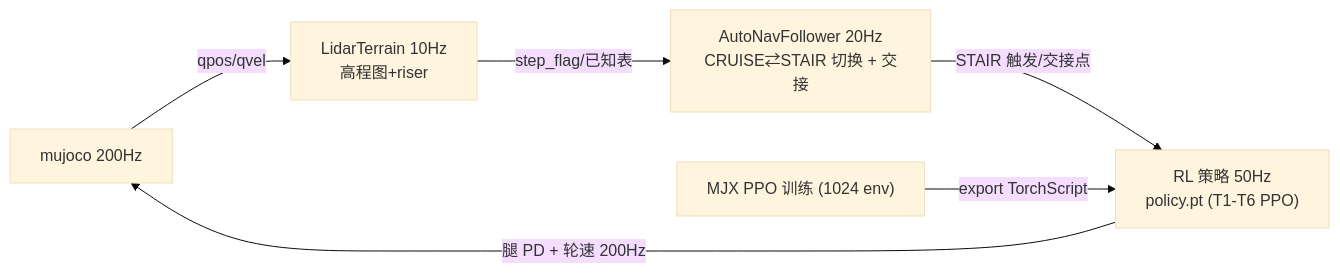
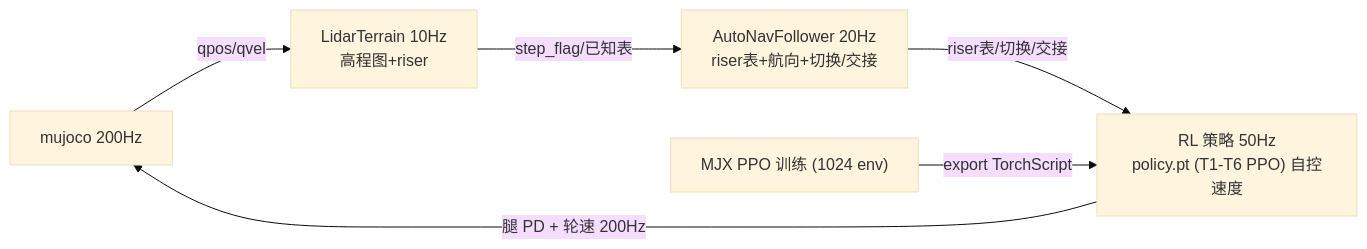
The second of 2 diagrams in doc/双数据管线_autonav_20260816.md (wangfanxin/deeprobot_competition), drawn with Mermaid (base theme) before and after one commit. The commit also changed other lines of this file and 1 other file, not shown here.

````diff
--- a/doc/双数据管线_autonav_20260816.md
+++ b/doc/双数据管线_autonav_20260816.md
@@ -162,8 +172,8 @@
 ```mermaid
 graph LR
     M["mujoco 200Hz"] -->|"qpos/qvel"| L["LidarTerrain 10Hz<br/>高程图+riser"]
-    L -->|"step_flag/已知表"| A["AutoNavFollower 20Hz<br/>CRUISE⇄STAIR 切换 + 交接"]
-    A -->|"STAIR 触发/交接点"| R["RL 策略 50Hz<br/>policy.pt (T1-T6 PPO)"]
+    L -->|"step_flag/已知表"| A["AutoNavFollower 20Hz<br/>riser表+航向+切换/交接"]
+    A -->|"riser表/切换/交接"| R["RL 策略 50Hz<br/>policy.pt (T1-T6 PPO) 自控速度"]
     R -->|"腿 PD + 轮速 200Hz"| M
     T["MJX PPO 训练 (1024 env)"] -->|"export TorchScript"| R
 ```
````
